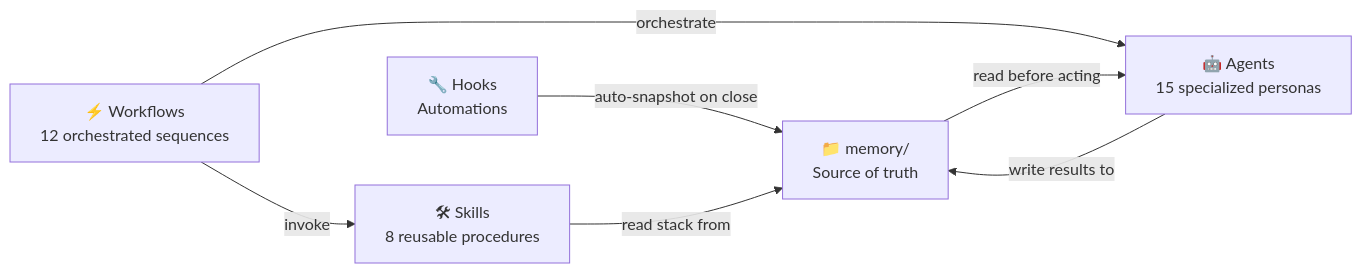
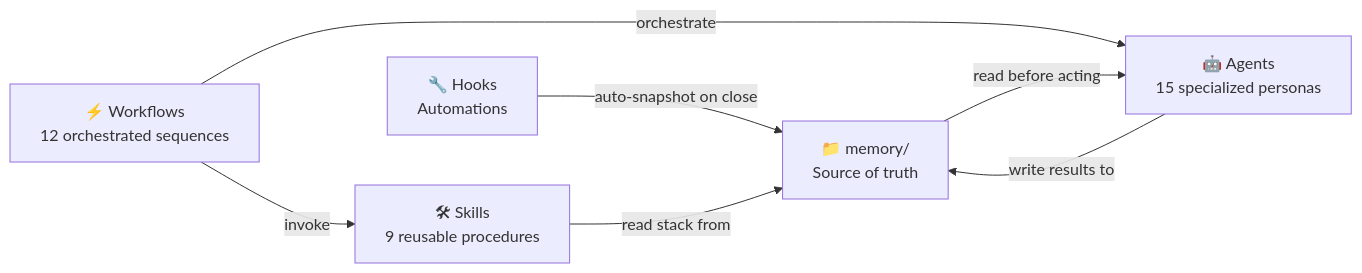
One commit to KillianPiccerelle/ai-dev-framework changed the diagram in README.md. Above: the diagram before and after it, drawn with Mermaid. The commit also changed other lines of this file and 3 other files, not shown here.

First line of the commit message:
feat: integrate oh-my-mermaid with map-project workflow and new skill

````diff
--- a/README.md
+++ b/README.md
@@ -84,15 +84,15 @@
 ```mermaid
 graph LR
     MEM["📁 memory/\nSource of truth"]
     AGT["🤖 Agents\n15 specialized personas"]
     WFL["⚡ Workflows\n12 orchestrated sequences"]
-    SKL["🛠 Skills\n8 reusable procedures"]
+    SKL["🛠 Skills\n9 reusable procedures"]
     HKS["🔧 Hooks\nAutomations"]
 
     MEM -->|read before acting| AGT
     AGT -->|write results to| MEM
     WFL -->|orchestrate| AGT
     WFL -->|invoke| SKL
     SKL -->|read stack from| MEM
     HKS -->|auto-snapshot on close| MEM
 ```
````
